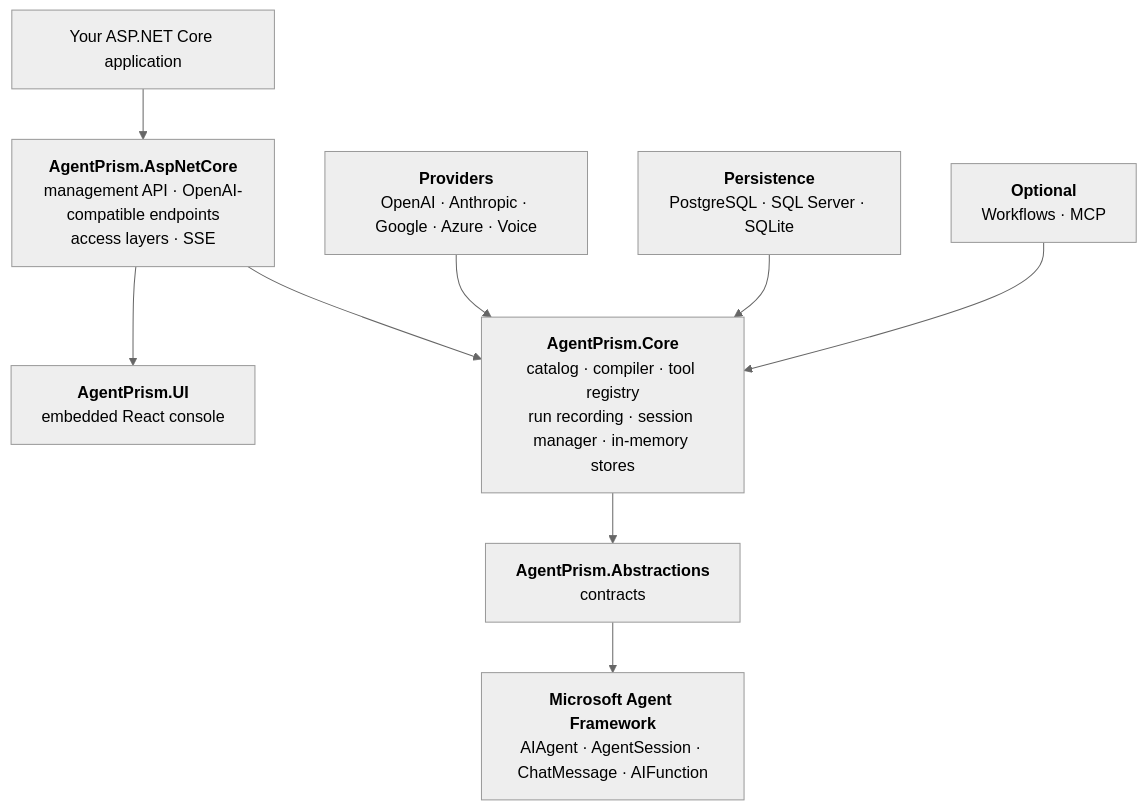
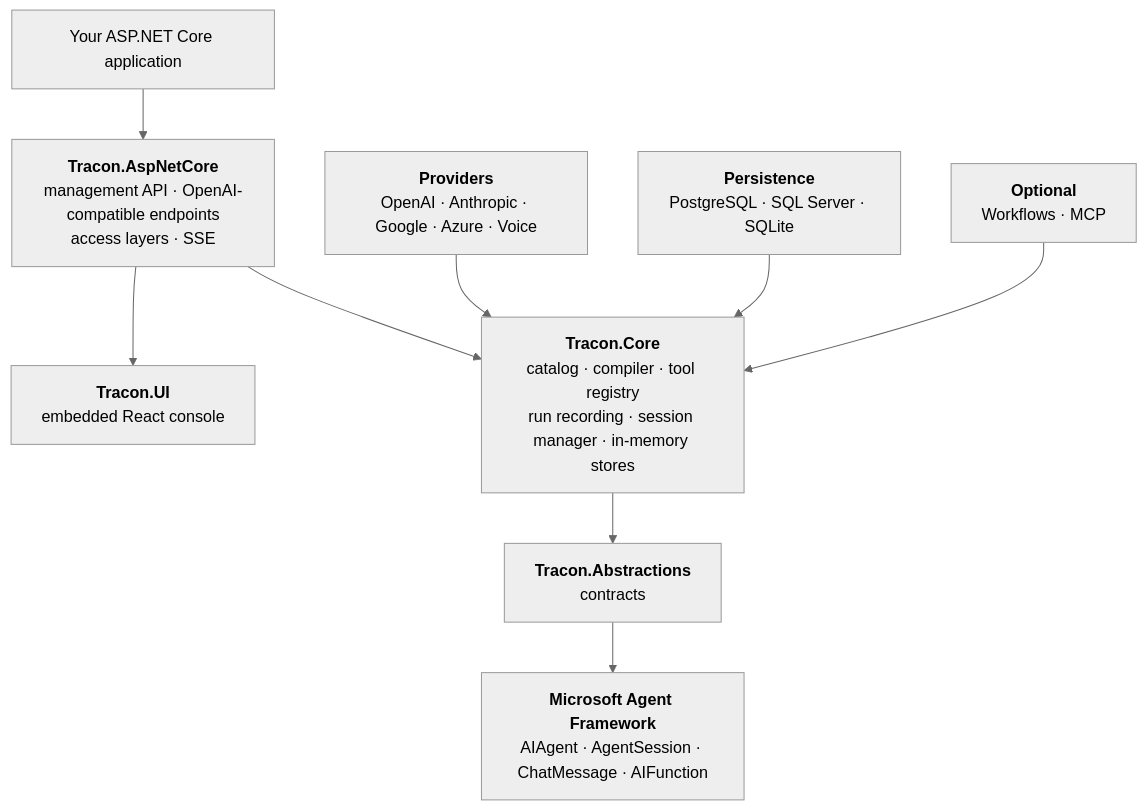
The diagram in docs-site/src/content/docs/concepts/index.md (farukatasoy/Tracon), drawn with Mermaid (neutral theme) before and after one commit. The commit also changed other lines of this file and 4170 other files, not shown here.

Commit message:
feat: rename the product from AgentPrism to Tracon

````diff
--- a/docs-site/src/content/docs/concepts/index.md
+++ b/docs-site/src/content/docs/concepts/index.md
@@ -15,22 +15,22 @@
 ```mermaid
 flowchart TD
-    accTitle: AgentPrism architecture layers
+    accTitle: Tracon architecture layers
     accDescr: The embedded console and HTTP API use the control plane, which coordinates model providers, runtime execution, and replaceable stores.
     APP["Your ASP.NET Core application"]
-    UI["<b>AgentPrism.UI</b><br/>embedded React console"]
-    HTTP["<b>AgentPrism.AspNetCore</b><br/>management API · OpenAI-compatible endpoints<br/>access layers · SSE"]
+    UI["<b>Tracon.UI</b><br/>embedded React console"]
+    HTTP["<b>Tracon.AspNetCore</b><br/>management API · OpenAI-compatible endpoints<br/>access layers · SSE"]
     PROV["<b>Providers</b><br/>OpenAI · Anthropic · Google · Azure · Voice"]
     STORE["<b>Persistence</b><br/>PostgreSQL · SQL Server · SQLite"]
     OPT["<b>Optional</b><br/>Workflows · MCP"]
-    CORE["<b>AgentPrism.Core</b><br/>catalog · compiler · tool registry<br/>run recording · session manager · in-memory stores"]
-    ABS["<b>AgentPrism.Abstractions</b><br/>contracts"]
+    CORE["<b>Tracon.Core</b><br/>catalog · compiler · tool registry<br/>run recording · session manager · in-memory stores"]
+    ABS["<b>Tracon.Abstractions</b><br/>contracts"]
     MAF["<b>Microsoft Agent Framework</b><br/>AIAgent · AgentSession · ChatMessage · AIFunction"]
 
     APP --> HTTP
     HTTP --> UI
     HTTP --> CORE
     PROV --> CORE
     STORE --> CORE
     OPT --> CORE
     CORE --> ABS --> MAF
 ```
````
